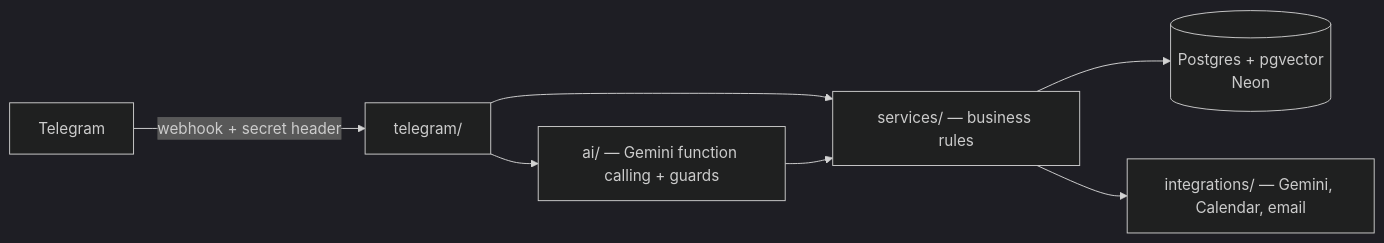
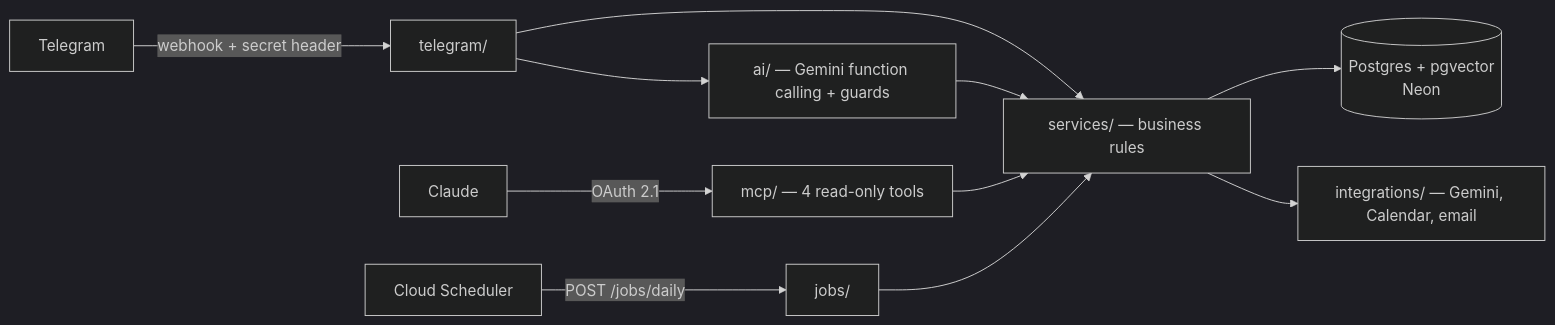
Before and after one commit to sagarshah-dev/ai-boat: the first of 3 diagrams in README.md, drawn with Mermaid (dark theme). The commit also changed other lines of this file and 1 other file, not shown here.

First line of the commit message:
README accuracy: MCP and jobs in the architecture, layer rule, multi-agent wording; clearer MCP image

````diff
--- a/README.md
+++ b/README.md
@@ -59,9 +60,13 @@
 ```mermaid
 flowchart LR
     TG[Telegram] -->|webhook + secret header| W[telegram/]
+    CL[Claude] -->|OAuth 2.1| M[mcp/ — 4 read-only tools]
+    SCH[Cloud Scheduler] -->|POST /jobs/daily| J[jobs/]
     W --> AI[ai/ — Gemini function calling + guards]
     W --> S[services/ — business rules]
     AI --> S
+    M --> S
+    J --> S
     S --> DB[(Postgres + pgvector<br/>Neon)]
     S --> X[integrations/ — Gemini, Calendar, email]
 ```
````
